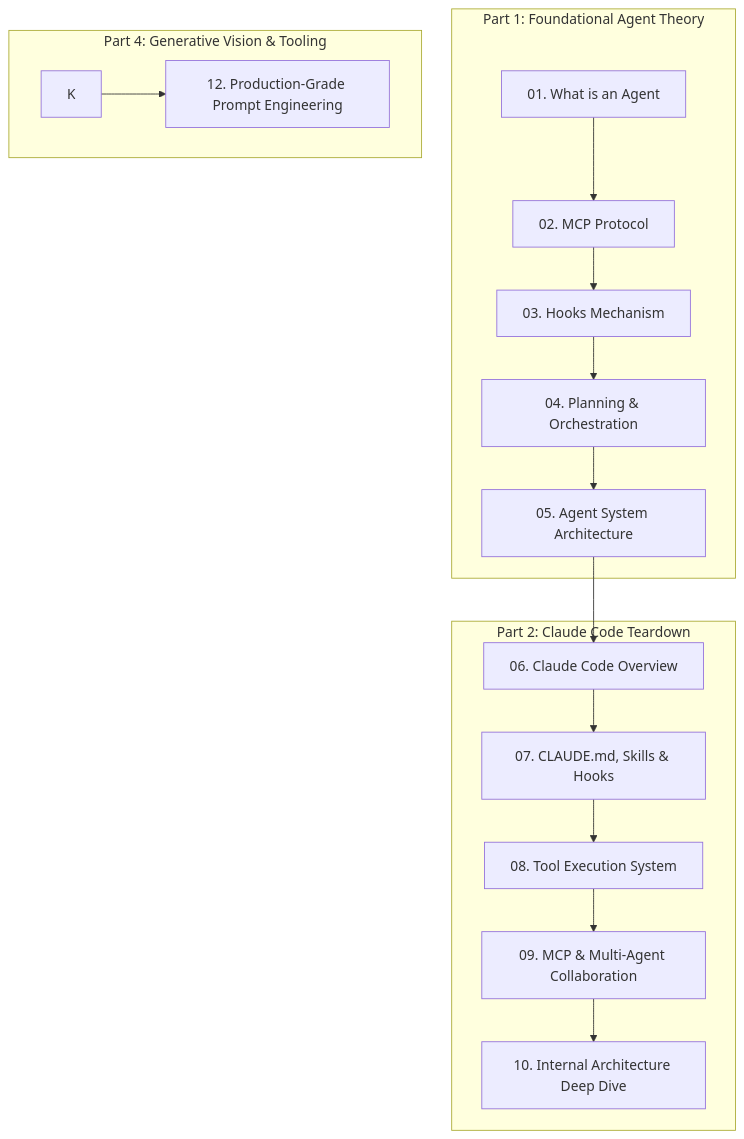
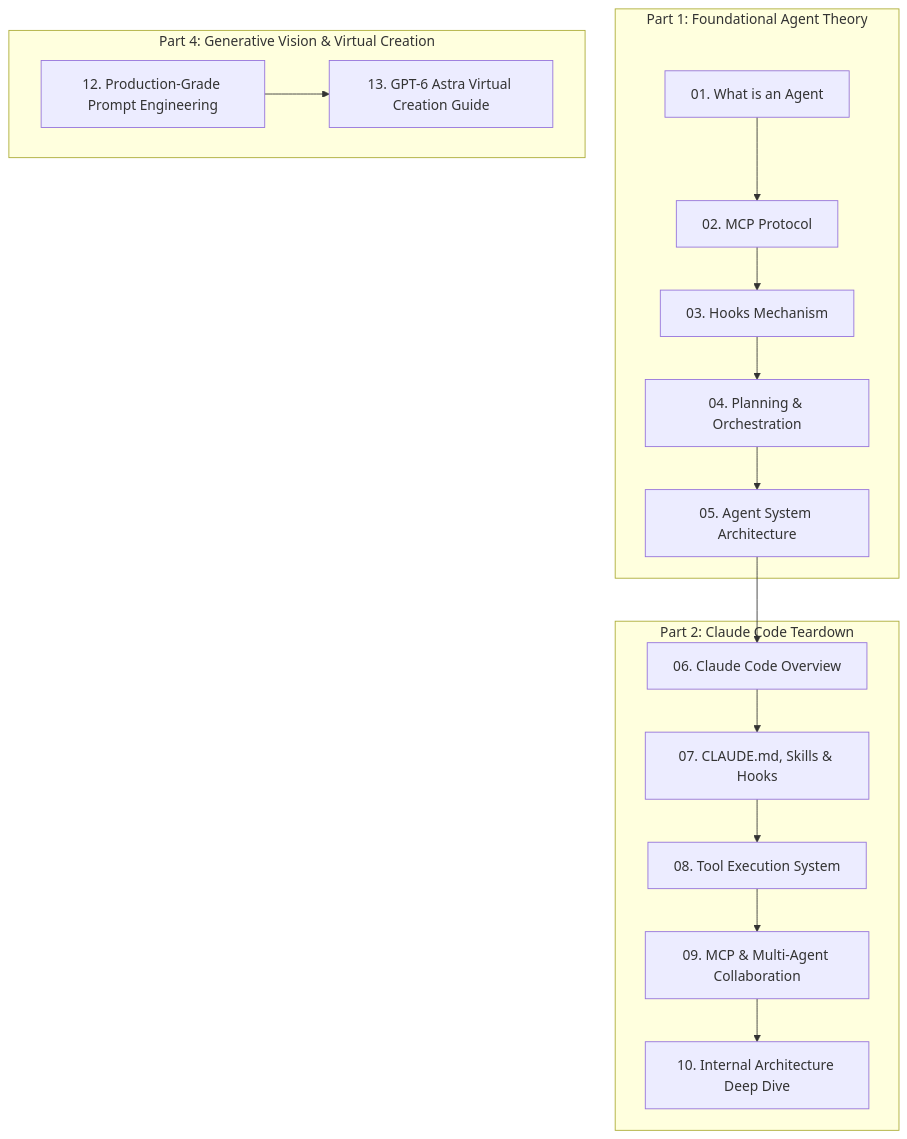
Before and after one commit to youngxuesong/dev-notes: the diagram in docs/ai/index.en-US.md, drawn with Mermaid. The commit also changed 7 other files, not shown here.

Commit message:
docs(ai): unify article numbering (11-13) and align Mermaid diagram in index

````diff
--- a/docs/ai/index.en-US.md
+++ b/docs/ai/index.en-US.md
@@ -12,21 +12,21 @@
 ```mermaid
 graph TD
     subgraph Agent_Theory [Part 1: Foundational Agent Theory]
         A[01. What is an Agent] --> B[02. MCP Protocol]
         B --> C[03. Hooks Mechanism]
         C --> D[04. Planning & Orchestration]
         D --> E[05. Agent System Architecture]
     end
 
     subgraph Claude_Code_Architecture [Part 2: Claude Code Teardown]
         E --> F[06. Claude Code Overview]
         F --> G[07. CLAUDE.md, Skills & Hooks]
         G --> H[08. Tool Execution System]
         H --> I[09. MCP & Multi-Agent Collaboration]
         I --> J[10. Internal Architecture Deep Dive]
     end
 
-    subgraph Vision_Engineering [Part 4: Generative Vision & Tooling]
-        K --> L[12. Production-Grade Prompt Engineering]
+    subgraph Vision_Engineering [Part 4: Generative Vision & Virtual Creation]
+        K[12. Production-Grade Prompt Engineering] --> L[13. GPT-6 Astra Virtual Creation Guide]
     end
 ```
````
